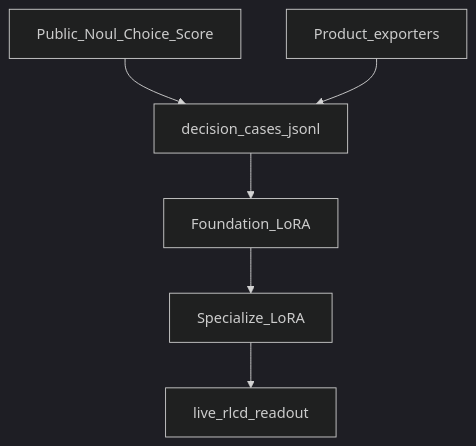
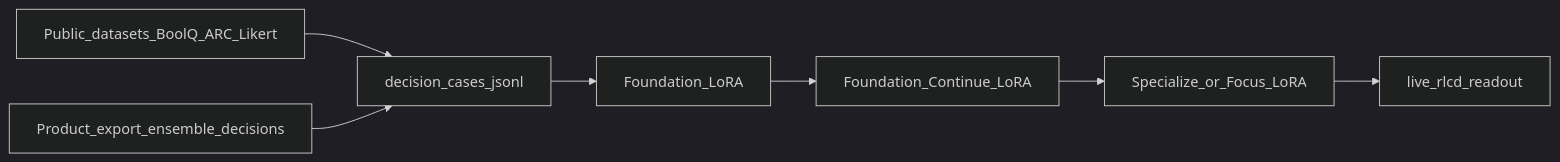
Before and after one commit to kewangpro/astra: the fourth of 6 diagrams in docs/DESIGN.md, drawn with Mermaid (dark theme). The commit also changed other lines of this file, not shown here.

First line of the commit message:
Align DESIGN Mermaid diagrams with the live Orchestrator stack.

````diff
--- a/docs/DESIGN.md
+++ b/docs/DESIGN.md
@@ -181,14 +183,13 @@
 ```mermaid
-flowchart TB
-  Public[Public_Noul_Choice_Score]
-  Exporters[Product_exporters]
+flowchart LR
+  PublicHF[Public_datasets_BoolQ_ARC_Likert]
+  Exporters[Product_export_ensemble_decisions]
   Cases[decision_cases_jsonl]
   Foundation[Foundation_LoRA]
-  Specialize[Specialize_LoRA]
+  Continue[Foundation_Continue_LoRA]
+  Specialize[Specialize_or_Focus_LoRA]
   Live[live_rlcd_readout]
-  Public --> Cases
+  PublicHF --> Cases
   Exporters --> Cases
-  Cases --> Foundation
-  Foundation --> Specialize
-  Specialize --> Live
+  Cases --> Foundation --> Continue --> Specialize --> Live
 ```
````
